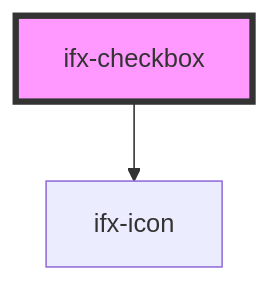
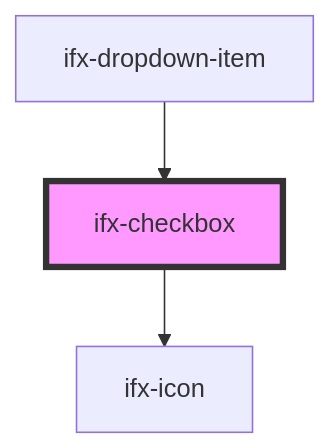
The diagram in src/components/checkbox/readme.md (Infineon/infineon-design-system-stencil), drawn with Mermaid before and after one commit. The commit also changed other lines of this file and 3 other files, not shown here.

````diff
--- a/src/components/checkbox/readme.md
+++ b/src/components/checkbox/readme.md
@@ -24,5 +28,6 @@
 ```mermaid
 graph TD;
   ifx-checkbox --> ifx-icon
+  ifx-dropdown-item --> ifx-checkbox
   style ifx-checkbox fill:#f9f,stroke:#333,stroke-width:4px
 ```
````
